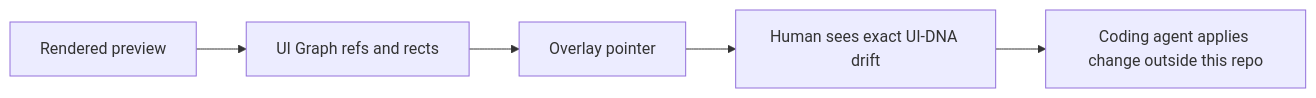
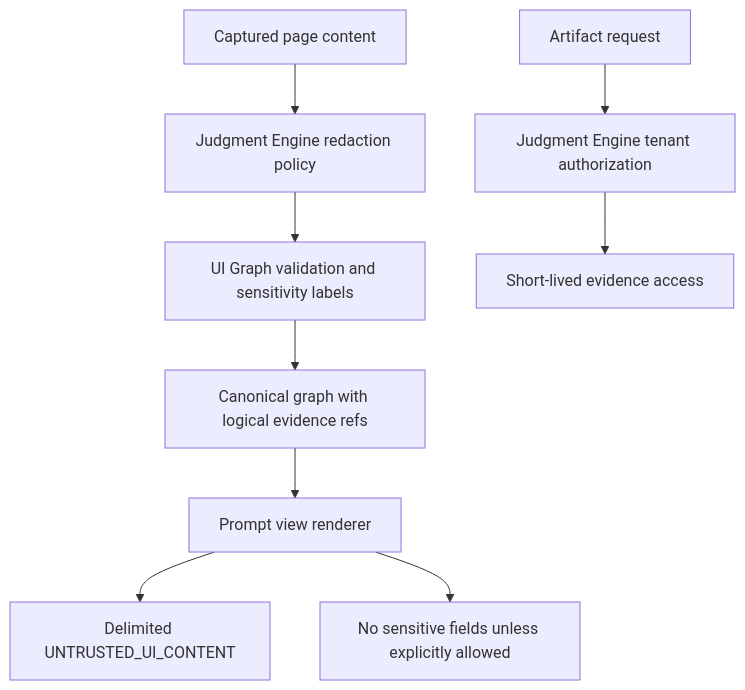
Diagram 12 of 14 in ARCHITECTURE.md (apatureai/lattice), drawn with Mermaid before and after one commit. The commit also changed other lines of this file and 11 other files, not shown here.

Commit message:
Strengthen UI Graph architecture specification (#1)

````diff
--- a/ARCHITECTURE.md
+++ b/ARCHITECTURE.md
@@ -135,7 +302,11 @@
 ```mermaid
-flowchart LR
-  A["Rendered preview"] --> B["UI Graph refs and rects"]
-  B --> C["Overlay pointer"]
-  C --> D["Human sees exact UI-DNA drift"]
-  D --> E["Coding agent applies change outside this repo"]
+flowchart TD
+  A["Captured page content"] --> B["Judgment Engine redaction policy"]
+  B --> C["UI Graph validation and sensitivity labels"]
+  C --> D["Canonical graph with logical evidence refs"]
+  D --> E["Prompt view renderer"]
+  E --> F["Delimited UNTRUSTED_UI_CONTENT"]
+  E --> G["No sensitive fields unless explicitly allowed"]
+  H["Artifact request"] --> I["Judgment Engine tenant authorization"]
+  I --> J["Short-lived evidence access"]
 ```
````
